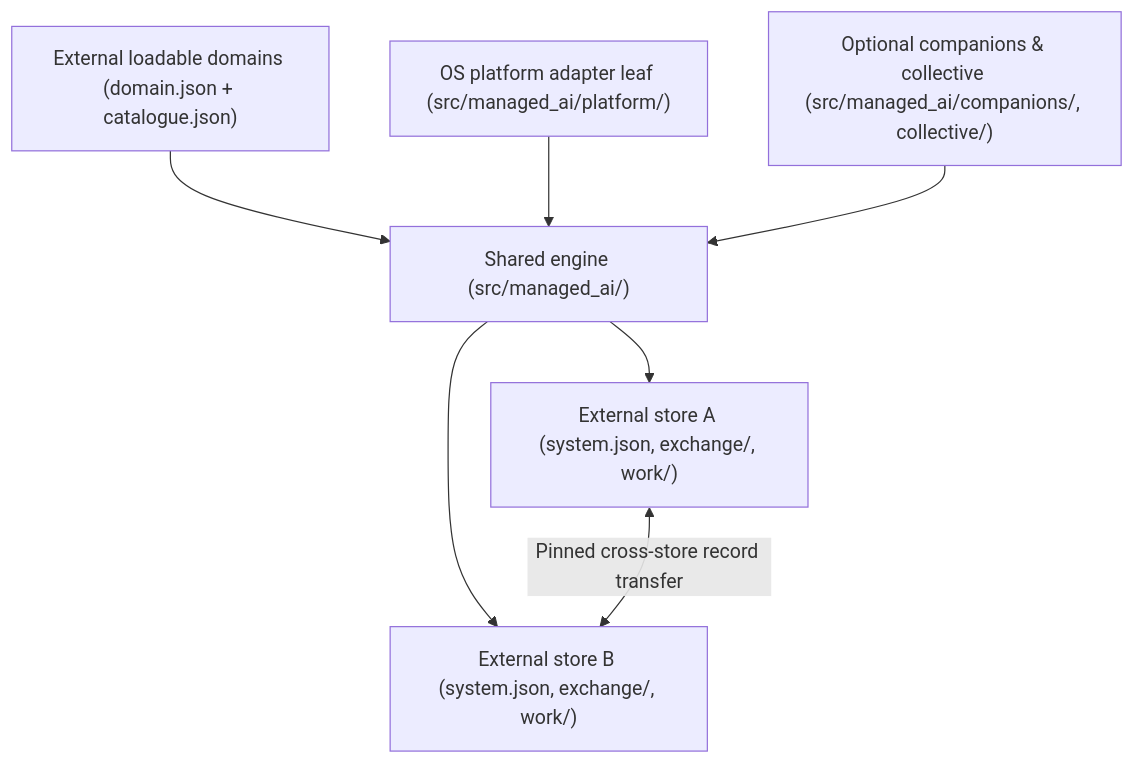
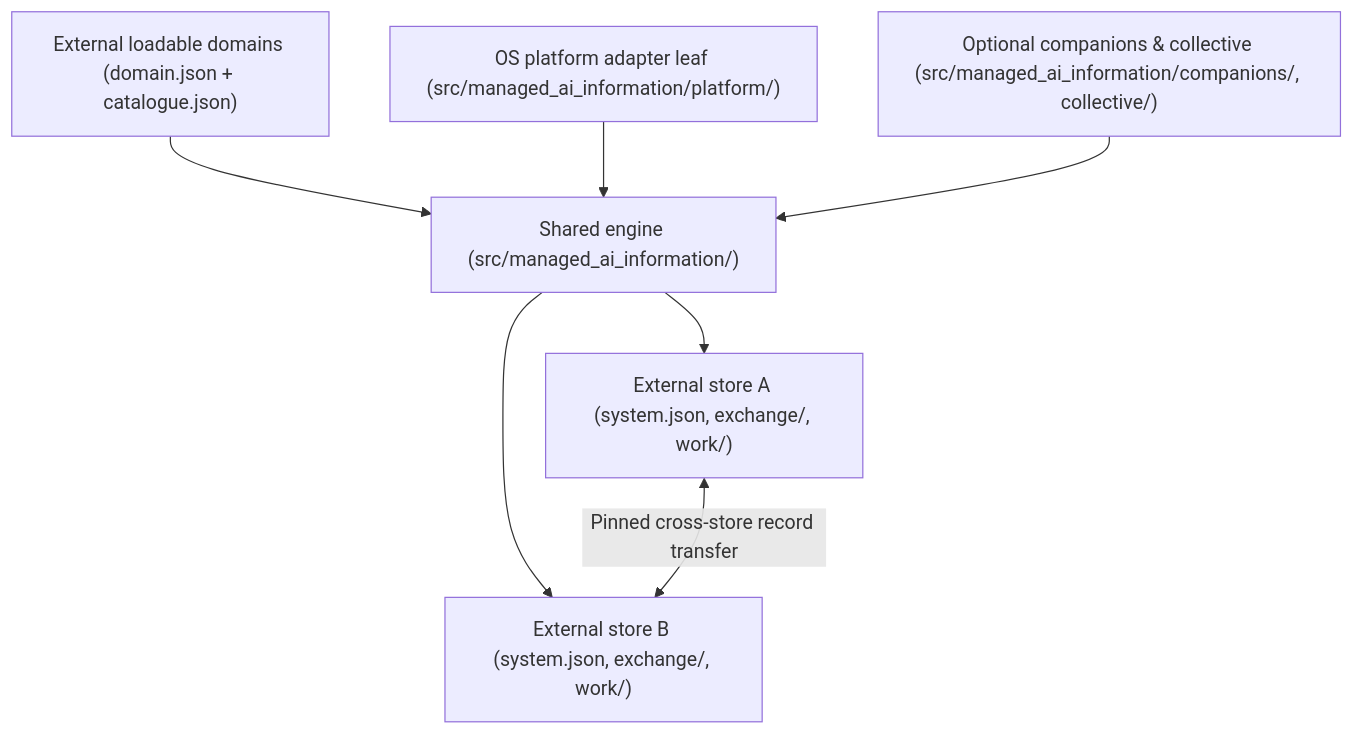
One commit to nestharus/managed-ai changed the diagram in ARCHITECTURE.md. Above: the diagram before and after it, drawn with Mermaid. The commit also changed other lines of this file and 436 other files, not shown here.

Commit message:
refactor(wave13): rename package, distribution, scripts, CI, and delivery substrate to managed-ai-information

````diff
--- a/ARCHITECTURE.md
+++ b/ARCHITECTURE.md
@@ -5,9 +5,9 @@
 ```mermaid
 flowchart TD
-    D["External loadable domains (domain.json + catalogue.json)"] --> E["Shared engine (src/managed_ai/)"]
-    P["OS platform adapter leaf (src/managed_ai/platform/)"] --> E
+    D["External loadable domains (domain.json + catalogue.json)"] --> E["Shared engine (src/managed_ai_information/)"]
+    P["OS platform adapter leaf (src/managed_ai_information/platform/)"] --> E
     E --> S1["External store A (system.json, exchange/, work/)"]
     E --> S2["External store B (system.json, exchange/, work/)"]
-    C["Optional companions & collective (src/managed_ai/companions/, collective/)"] --> E
+    C["Optional companions & collective (src/managed_ai_information/companions/, collective/)"] --> E
     S1 <-->|"Pinned cross-store record transfer"| S2
 ```
````
